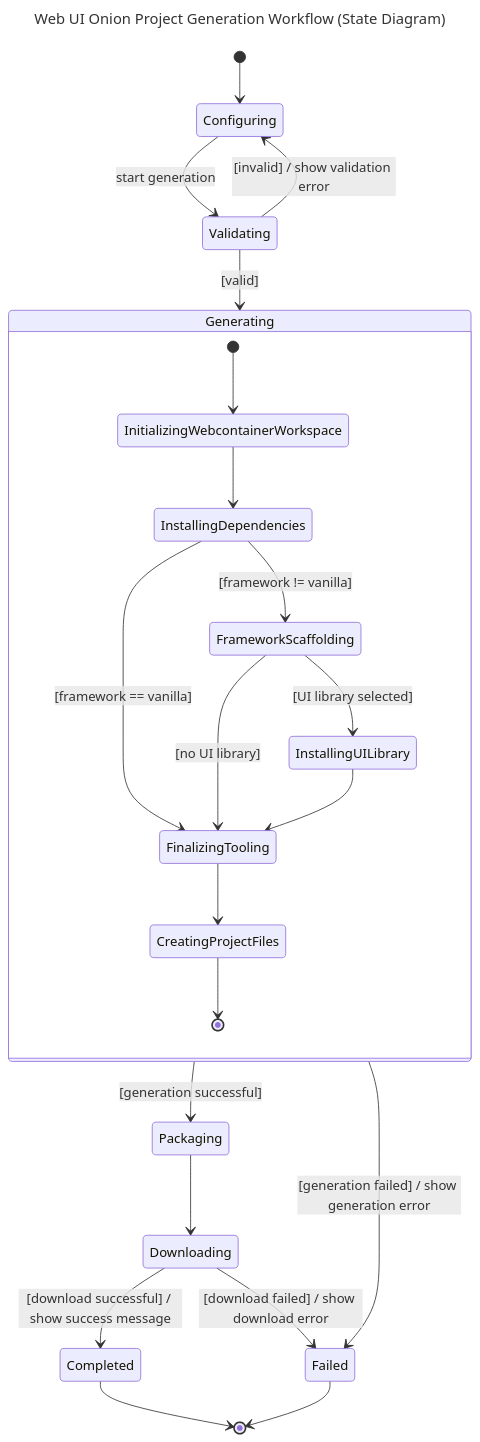
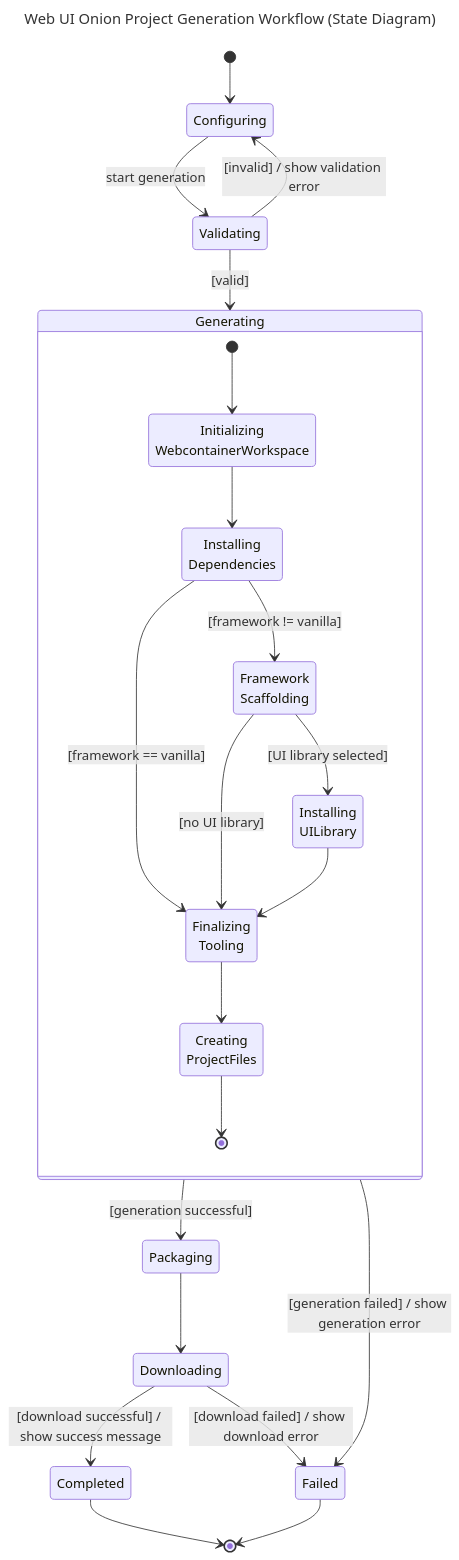
Before and after one commit to viadee/onion-initializr: the first of 2 diagrams in docs/architecture/web-ui-project-generation-workflow.md, drawn with Mermaid.

Commit message:
fix GitHub state diagram preview problem

````diff
--- a/docs/architecture/web-ui-project-generation-workflow.md
+++ b/docs/architecture/web-ui-project-generation-workflow.md
@@ -3,33 +3,40 @@
 ```mermaid
 ---
 title: Web UI Onion Project Generation Workflow (State Diagram)
 ---
 stateDiagram-v2
     [*] --> Configuring
 
     Configuring --> Validating : start generation
     Validating --> Configuring : [invalid] / show validation error
     Validating --> Generating : [valid]
 
     state Generating {
+        state "Initializing<br/>WebcontainerWorkspace" as InitializingWebcontainerWorkspace
+        state "Installing<br/>Dependencies" as InstallingDependencies
+        state "Framework<br/>Scaffolding" as FrameworkScaffolding
+        state "Installing<br/>UILibrary" as InstallingUILibrary
+        state "Finalizing<br/>Tooling" as FinalizingTooling
+        state "Creating<br/>ProjectFiles" as CreatingProjectFiles
+
         [*] --> InitializingWebcontainerWorkspace
         InitializingWebcontainerWorkspace --> InstallingDependencies
         InstallingDependencies --> FrameworkScaffolding : [framework != vanilla]
         InstallingDependencies --> FinalizingTooling : [framework == vanilla]
         FrameworkScaffolding --> InstallingUILibrary : [UI library selected]
         FrameworkScaffolding --> FinalizingTooling : [no UI library]
         InstallingUILibrary --> FinalizingTooling
         FinalizingTooling --> CreatingProjectFiles
         CreatingProjectFiles --> [*]
     }
 
     Generating --> Packaging : [generation successful]
     Generating --> Failed : [generation failed] / show generation error
 
     Packaging --> Downloading
     Downloading --> Completed : [download successful] / show success message
     Downloading --> Failed : [download failed] / show download error
 
     Completed --> [*]
     Failed --> [*]
 ```
````
